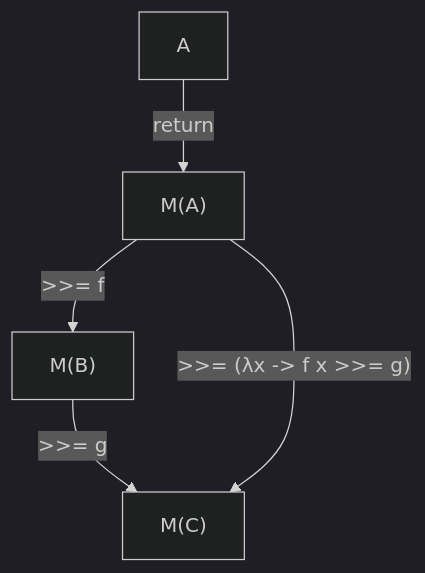
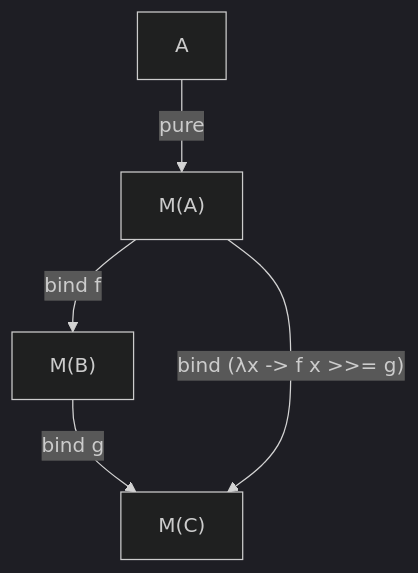
One commit to but212/rustica changed the fifth of 5 diagrams in docs/category_theory.md. Above: the diagram before and after it, drawn with Mermaid (dark theme). The commit also changed other lines of this file, not shown here.

````diff
--- a/docs/category_theory.md
+++ b/docs/category_theory.md
@@ -103,7 +142,7 @@
 ```mermaid
-graph TB
-    A["A"] --> |"return"| MA["M(A)"]
-    MA --> |">>= f"| MB["M(B)"]
-    MB --> |">>= g"| MC["M(C)"]
-    MA --> |">>= (λx -> f x >>= g)"| MC
+flowchart TB
+    A["A"] --> |"pure"| MA["M(A)"]
+    MA --> |"bind f"| MB["M(B)"]
+    MB --> |"bind g"| MC["M(C)"]
+    MA --> |"bind (λx -> f x >>= g)"| MC
 ```
````
